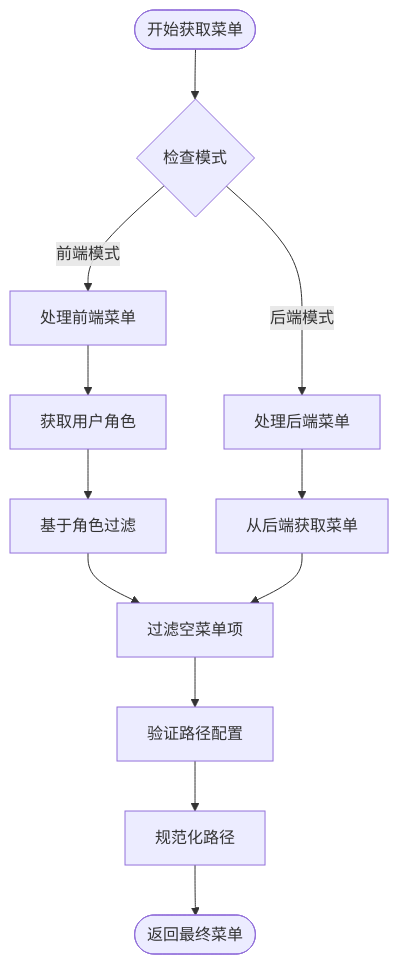
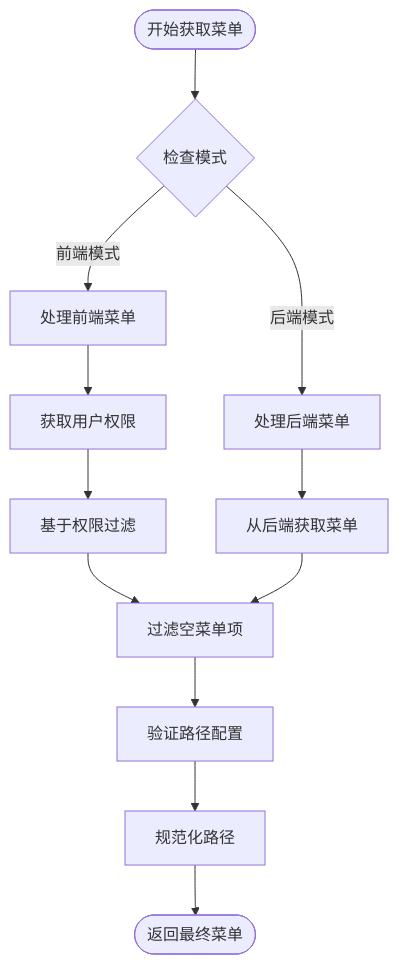
Before and after one commit to zengerai/art-design-pro: the second of 8 diagrams in .qoder/repowiki/zh/content/权限管理/路由权限/菜单权限过滤.md, drawn with Mermaid. The commit also changed other lines of this file and 9 other files, not shown here.

````diff
--- a/.qoder/repowiki/zh/content/权限管理/路由权限/菜单权限过滤.md
+++ b/.qoder/repowiki/zh/content/权限管理/路由权限/菜单权限过滤.md
@@ -95,14 +109,14 @@
 ```mermaid
 flowchart TD
 Start([开始获取菜单]) --> ModeCheck{检查模式}
 ModeCheck --> |前端模式| FrontendProc[处理前端菜单]
 ModeCheck --> |后端模式| BackendProc[处理后端菜单]
-FrontendProc --> GetRoles[获取用户角色]
-GetRoles --> FilterRoles[基于角色过滤]
-FilterRoles --> FilterEmpty[过滤空菜单项]
+FrontendProc --> GetPermissions[获取用户权限]
+GetPermissions --> FilterPermissions[基于权限过滤]
+FilterPermissions --> FilterEmpty[过滤空菜单项]
 BackendProc --> FetchBackend[从后端获取菜单]
 FetchBackend --> FilterEmpty
 FilterEmpty --> ValidatePaths[验证路径配置]
 ValidatePaths --> NormalizePaths[规范化路径]
 NormalizePaths --> End([返回最终菜单])
 ```
````
